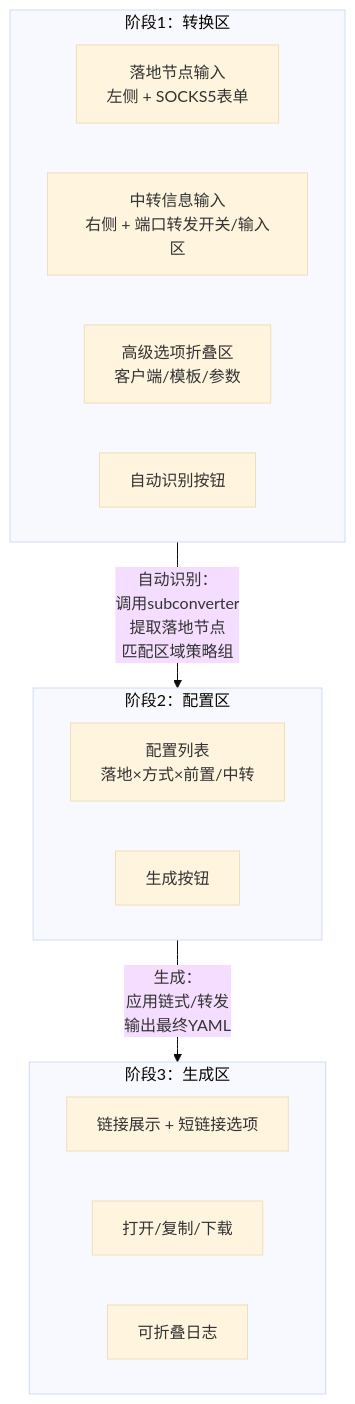
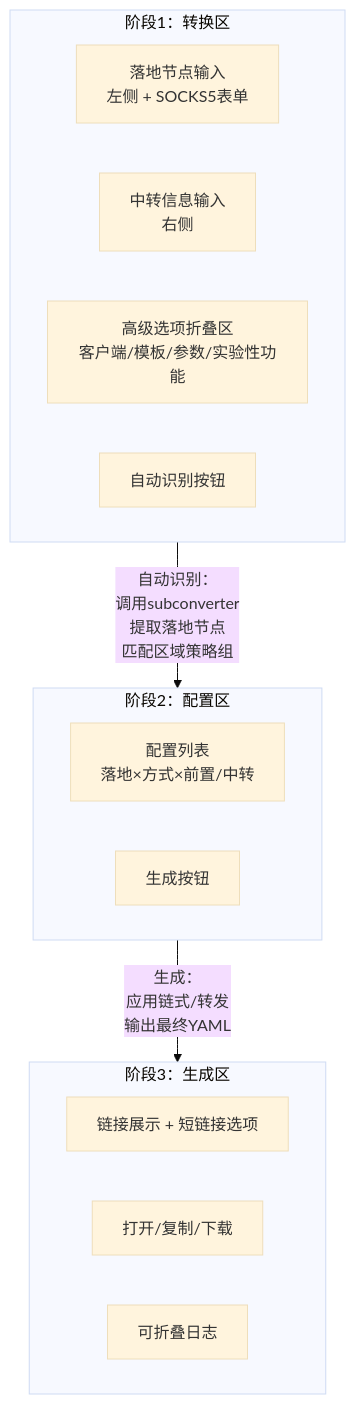
The second of 2 diagrams in docs/spec/01-overview.md (slackworker/chain-subconverter), drawn with Mermaid (base theme) before and after one commit. The commit also changed other lines of this file and 1 other file, not shown here.

Commit message:
docs: refine port forwarding details and clarify experimental features in overview and frontend specifications

````diff
--- a/docs/spec/01-overview.md
+++ b/docs/spec/01-overview.md
@@ -51,23 +51,23 @@
 ```mermaid
 flowchart TD
   subgraph Stage1[阶段1：转换区]
     L1[落地节点输入<br/>左侧 + SOCKS5表单]
-    T1[中转信息输入<br/>右侧 + 端口转发开关/输入区]
-    ADV[高级选项折叠区<br/>客户端/模板/参数]
+    T1[中转信息输入<br/>右侧]
+    ADV[高级选项折叠区<br/>客户端/模板/参数/实验性功能]
     BTN1[自动识别按钮]
   end
 
   subgraph Stage2[阶段2：配置区]
     LIST[配置列表<br/>落地×方式×前置/中转]
     BTN2[生成按钮]
   end
 
   subgraph Stage3[阶段3：生成区]
     LINK[链接展示 + 短链接选项]
     ACTIONS[打开/复制/下载]
     LOG[可折叠日志]
   end
 
   Stage1 -->|"自动识别：<br/>调用subconverter<br/>提取落地节点<br/>匹配区域策略组"| Stage2
   Stage2 -->|"生成：<br/>应用链式/转发<br/>输出最终YAML"| Stage3
 ```
````
